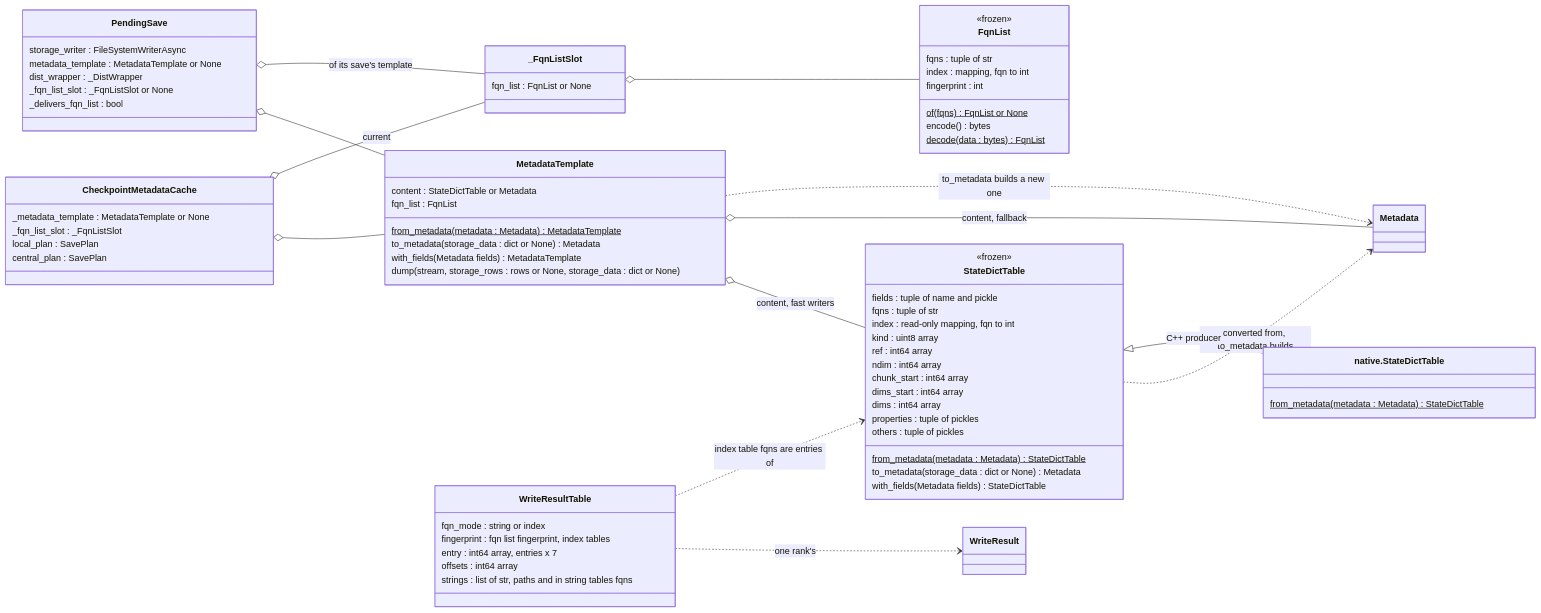
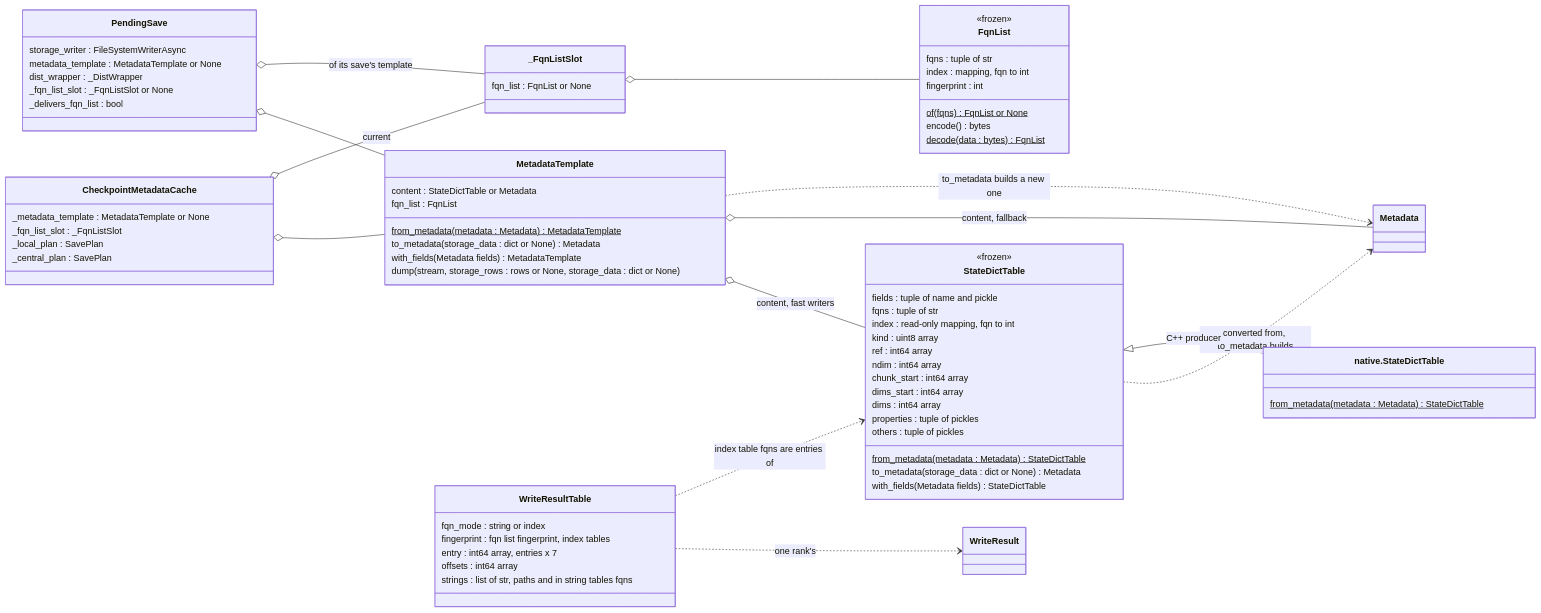
The second of 5 diagrams in docs/design/checkpoint/ASYNC_SAVE.md (NVIDIA/nvidia-resiliency-ext), drawn with Mermaid before and after one commit. The commit also changed other lines of this file and 2 other files, not shown here.

Commit message:
Keep the cache's plans internal
CheckpointMetadataCache kept the previous save's local and global plans
as public attributes. Nothing outside nvrx reads them (Megatron-LM keeps
its own plans for its own saver), so prefix them with an underscore.

````diff
--- a/docs/design/checkpoint/ASYNC_SAVE.md
+++ b/docs/design/checkpoint/ASYNC_SAVE.md
@@ -108,76 +108,76 @@
 ```mermaid
 classDiagram
     direction LR
     class CheckpointMetadataCache {
         _metadata_template : MetadataTemplate or None
         _fqn_list_slot : _FqnListSlot
-        local_plan : SavePlan
-        central_plan : SavePlan
+        _local_plan : SavePlan
+        _central_plan : SavePlan
     }
     class PendingSave {
         storage_writer : FileSystemWriterAsync
         metadata_template : MetadataTemplate or None
         dist_wrapper : _DistWrapper
         _fqn_list_slot : _FqnListSlot or None
         _delivers_fqn_list : bool
     }
     class _FqnListSlot {
         fqn_list : FqnList or None
     }
     class FqnList {
         <<frozen>>
         fqns : tuple of str
         index : mapping, fqn to int
         fingerprint : int
         of(fqns)$ FqnList or None
         encode() bytes
         decode(data : bytes)$ FqnList
     }
     class MetadataTemplate {
         content : StateDictTable or Metadata
         fqn_list : FqnList
         from_metadata(metadata : Metadata)$ MetadataTemplate
         to_metadata(storage_data : dict or None) Metadata
         with_fields(Metadata fields) MetadataTemplate
         dump(stream, storage_rows : rows or None, storage_data : dict or None)
     }
     class StateDictTable {
         <<frozen>>
         fields : tuple of name and pickle
         fqns : tuple of str
         index : read-only mapping, fqn to int
         kind : uint8 array
         ref : int64 array
         ndim : int64 array
         chunk_start : int64 array
         dims_start : int64 array
         dims : int64 array
         properties : tuple of pickles
         others : tuple of pickles
         from_metadata(metadata : Metadata)$ StateDictTable
         to_metadata(storage_data : dict or None) Metadata
         with_fields(Metadata fields) StateDictTable
     }
     class NativeStateDictTable["native.StateDictTable"] {
         from_metadata(metadata : Metadata)$ StateDictTable
     }
     class WriteResultTable {
         fqn_mode : string or index
         fingerprint : fqn list fingerprint, index tables
         entry : int64 array, entries x 7
         offsets : int64 array
         strings : list of str, paths and in string tables fqns
     }
     CheckpointMetadataCache o-- MetadataTemplate
     CheckpointMetadataCache o-- _FqnListSlot : current
     PendingSave o-- MetadataTemplate
     PendingSave o-- _FqnListSlot : of its save's template
     _FqnListSlot o-- FqnList
     MetadataTemplate o-- StateDictTable : content, fast writers
     MetadataTemplate o-- Metadata : content, fallback
     MetadataTemplate ..> Metadata : to_metadata builds a new one
     StateDictTable ..> Metadata : converted from, to_metadata builds
     StateDictTable <|-- NativeStateDictTable : C++ producer
     WriteResultTable ..> WriteResult : one rank's
     WriteResultTable ..> StateDictTable : index table fqns are entries of
 ```
````
